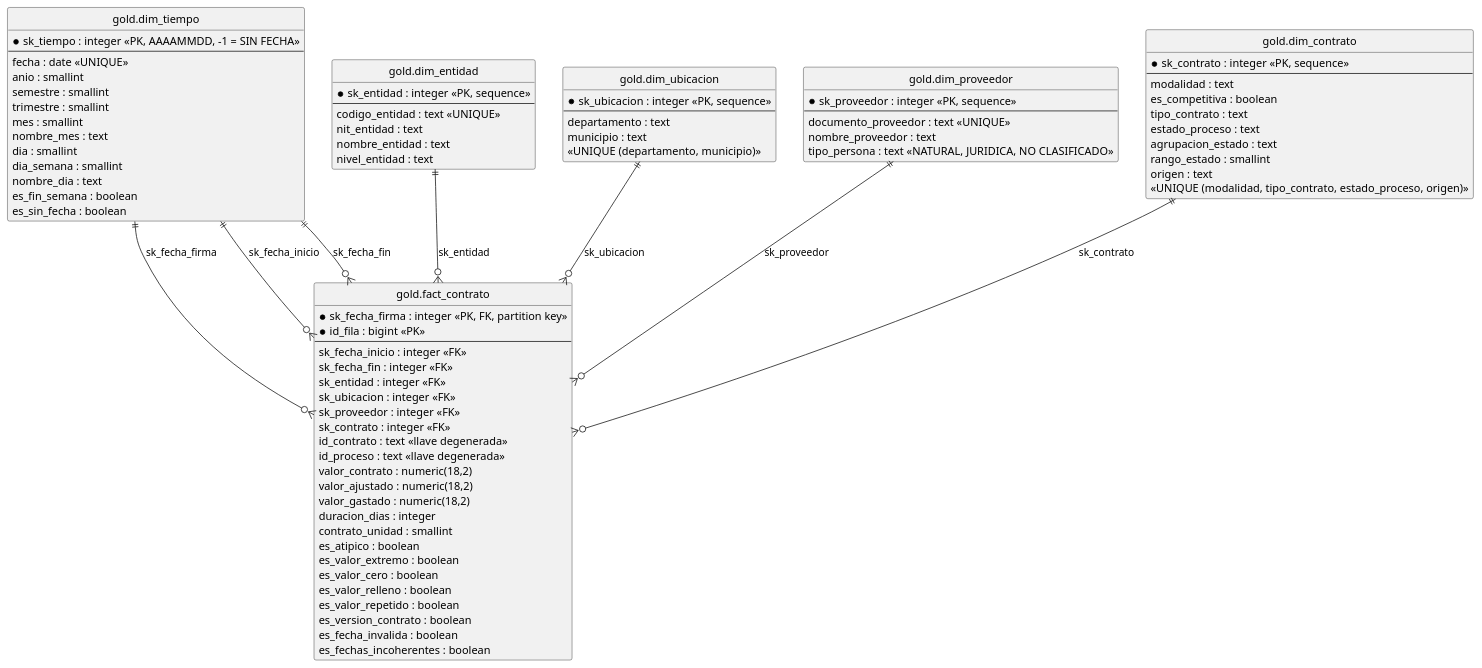
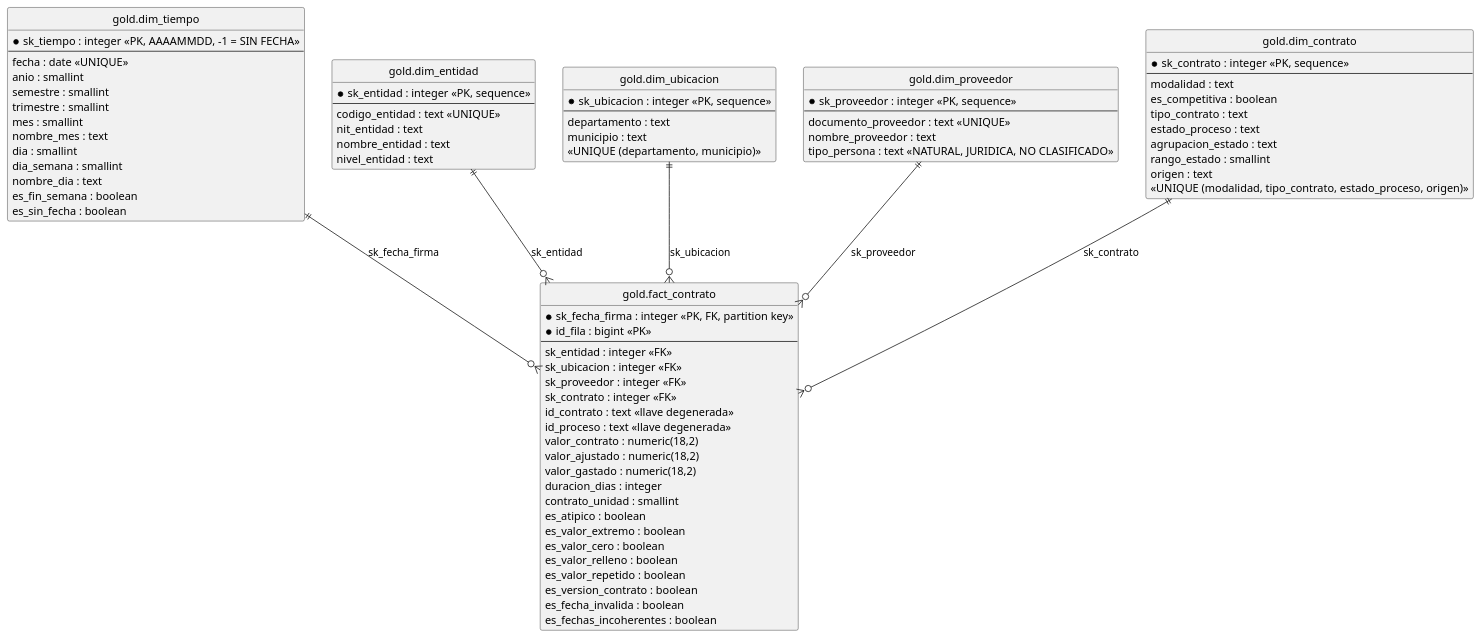
Before and after one commit to KerinM/SECOP: the second of 2 diagrams in docs/modelo_relacional.md, drawn with PlantUML. The commit also changed other lines of this file and 9 other files, not shown here.

Commit message:
docs: dim_tiempo con un solo rol (firma)

```diff
--- a/docs/modelo_relacional.md
+++ b/docs/modelo_relacional.md
@@ -228,8 +228,6 @@
   * sk_fecha_firma : integer <<PK, FK, partition key>>
   * id_fila : bigint <<PK>>
   --
-  sk_fecha_inicio : integer <<FK>>
-  sk_fecha_fin : integer <<FK>>
   sk_entidad : integer <<FK>>
   sk_ubicacion : integer <<FK>>
   sk_proveedor : integer <<FK>>
@@ -252,8 +250,6 @@
 }
 
 dim_tiempo    ||--o{ fact_contrato : "sk_fecha_firma"
-dim_tiempo    ||--o{ fact_contrato : "sk_fecha_inicio"
-dim_tiempo    ||--o{ fact_contrato : "sk_fecha_fin"
 dim_entidad   ||--o{ fact_contrato : "sk_entidad"
 dim_ubicacion ||--o{ fact_contrato : "sk_ubicacion"
 dim_proveedor ||--o{ fact_contrato : "sk_proveedor"
```
